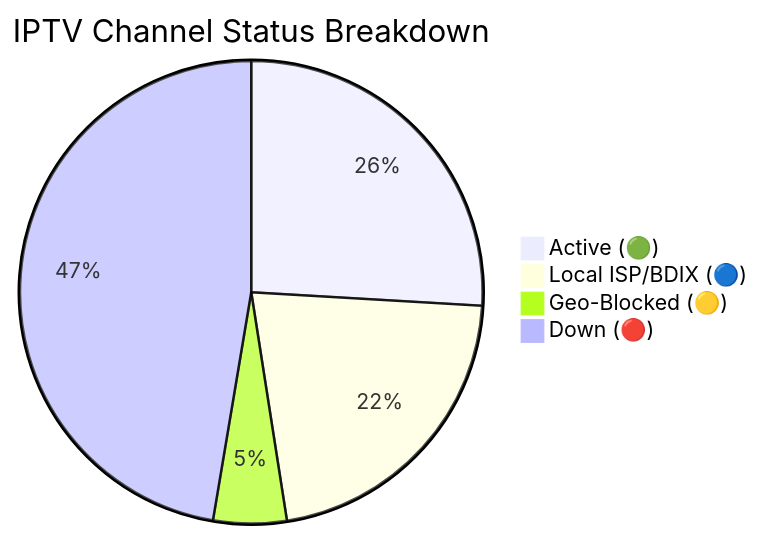
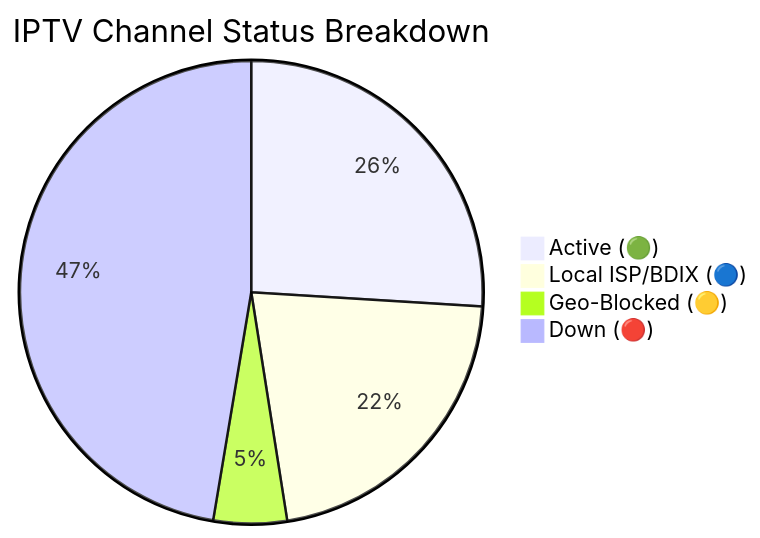
One commit to Zaman-Topu/Ip-tv-Collection changed the diagram in README.md. Above: the diagram before and after it, drawn with Mermaid. The commit also changed other lines of this file and 6 other files, not shown here.

````diff
--- a/README.md
+++ b/README.md
@@ -118,7 +118,7 @@
 ```mermaid
 pie title IPTV Channel Status Breakdown
-    "Active (🟢)" : 10770
+    "Active (🟢)" : 10817
     "Local ISP/BDIX (🔵)" : 8969
-    "Geo-Blocked (🟡)" : 2126
-    "Down (🔴)" : 19665
+    "Geo-Blocked (🟡)" : 2134
+    "Down (🔴)" : 19725
 ```
````
